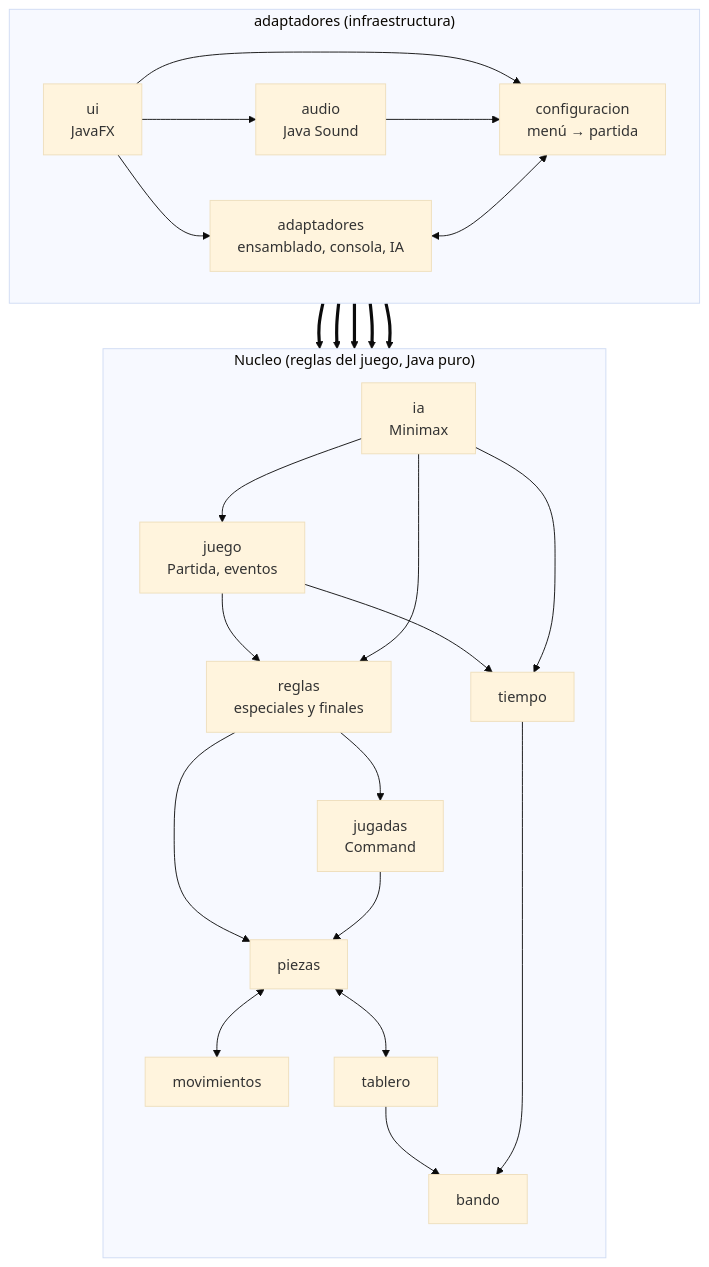
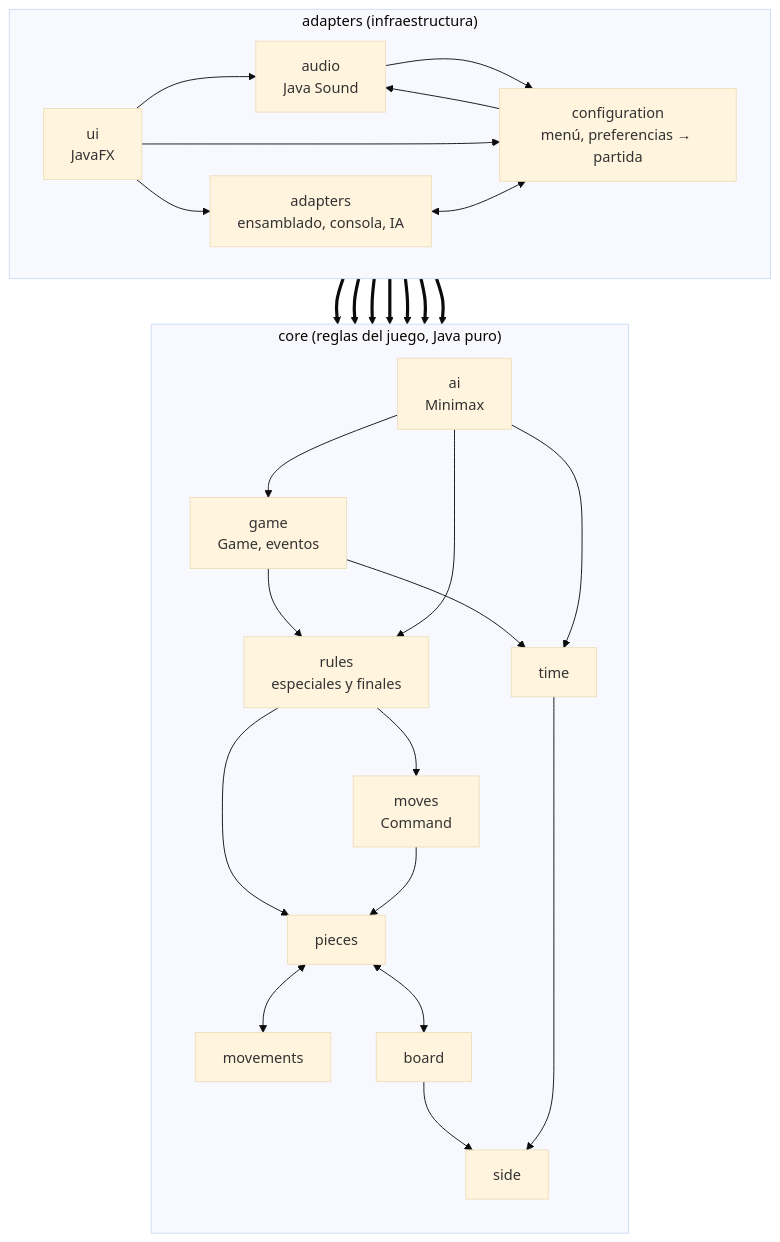
The diagram in docs/uml/01-vista-general.md (JoaquinIgnacioCampos/Chiquichess), drawn with Mermaid (base theme) before and after one commit. The commit also changed other lines of this file and 12 other files, not shown here.

First line of the commit message:
Actualiza el UML al código en inglés y suma las clases nuevas

````diff
--- a/docs/uml/01-vista-general.md
+++ b/docs/uml/01-vista-general.md
@@ -8,48 +10,51 @@
 ```mermaid
 flowchart TB
-    subgraph ADAPTADORES["adaptadores (infraestructura)"]
+    subgraph ADAPTERS["adapters (infraestructura)"]
         direction LR
         ui["ui<br/>JavaFX"]
         audio["audio<br/>Java Sound"]
-        consola["adaptadores<br/>ensamblado, consola, IA"]
-        configuracion["configuracion<br/>menú → partida"]
+        root["adapters<br/>ensamblado, consola, IA"]
+        configuration["configuration<br/>menú, preferencias → partida"]
     end
 
-    subgraph NUCLEO["Nucleo (reglas del juego, Java puro)"]
+    subgraph CORE["core (reglas del juego, Java puro)"]
         direction TB
-        ia["ia<br/>Minimax"]
-        juego["juego<br/>Partida, eventos"]
-        reglas["reglas<br/>especiales y finales"]
-        jugadas["jugadas<br/>Command"]
-        piezas["piezas"]
-        movimientos["movimientos"]
-        tablero["tablero"]
-        tiempo["tiempo"]
-        bando["bando"]
+        ai["ai<br/>Minimax"]
+        game["game<br/>Game, eventos"]
+        rules["rules<br/>especiales y finales"]
+        moves["moves<br/>Command"]
+        pieces["pieces"]
+        movements["movements"]
+        board["board"]
+        time["time"]
+        side["side"]
     end
 
     ui --> audio
-    ui --> configuracion
-    ui --> consola
-    audio --> configuracion
-    consola <--> configuracion
+    ui --> configuration
+    ui --> root
+    audio --> configuration
+    configuration --> audio
+    root <--> configuration
 
-    ui ==> juego
-    audio ==> juego
-    consola ==> juego
-    consola ==> ia
-    configuracion ==> juego
+    ui ==> game
+    ui ==> ai
+    audio ==> game
+    root ==> game
+    root ==> ai
+    configuration ==> game
+    configuration ==> ai
 
-    ia --> juego
-    juego --> reglas
-    ia --> reglas
-    reglas --> jugadas
-    reglas --> piezas
-    jugadas --> piezas
-    piezas <--> movimientos
-    piezas <--> tablero
-    juego --> tiempo
-    ia --> tiempo
-    tablero --> bando
-    tiempo --> bando
+    ai --> game
+    game --> rules
+    ai --> rules
+    rules --> moves
+    rules --> pieces
+    moves --> pieces
+    pieces <--> movements
+    pieces <--> board
+    game --> time
+    ai --> time
+    board --> side
+    time --> side
 ```
````
